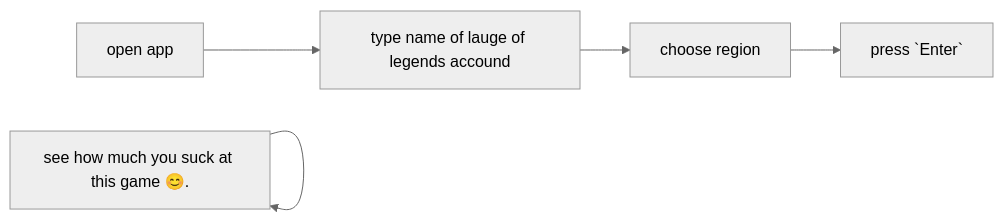
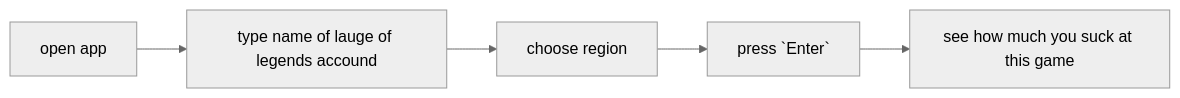
One commit to Horryportier/Watcher changed the diagram in README.md. Above: the diagram before and after it, drawn with Mermaid (neutral theme). The commit also changed other lines of this file, not shown here.

````diff
--- a/README.md
+++ b/README.md
@@ -8,7 +5,7 @@
 ```mermaid
 flowchart LR;
 A[open app]--> B[type name of lauge of legends accound]
 B--> C[choose region]
 C--> D[press `Enter`]
-E--> E[see how much you suck at this game 😊.]
+D--> E[see how much you suck at this game ]
 ```
````
